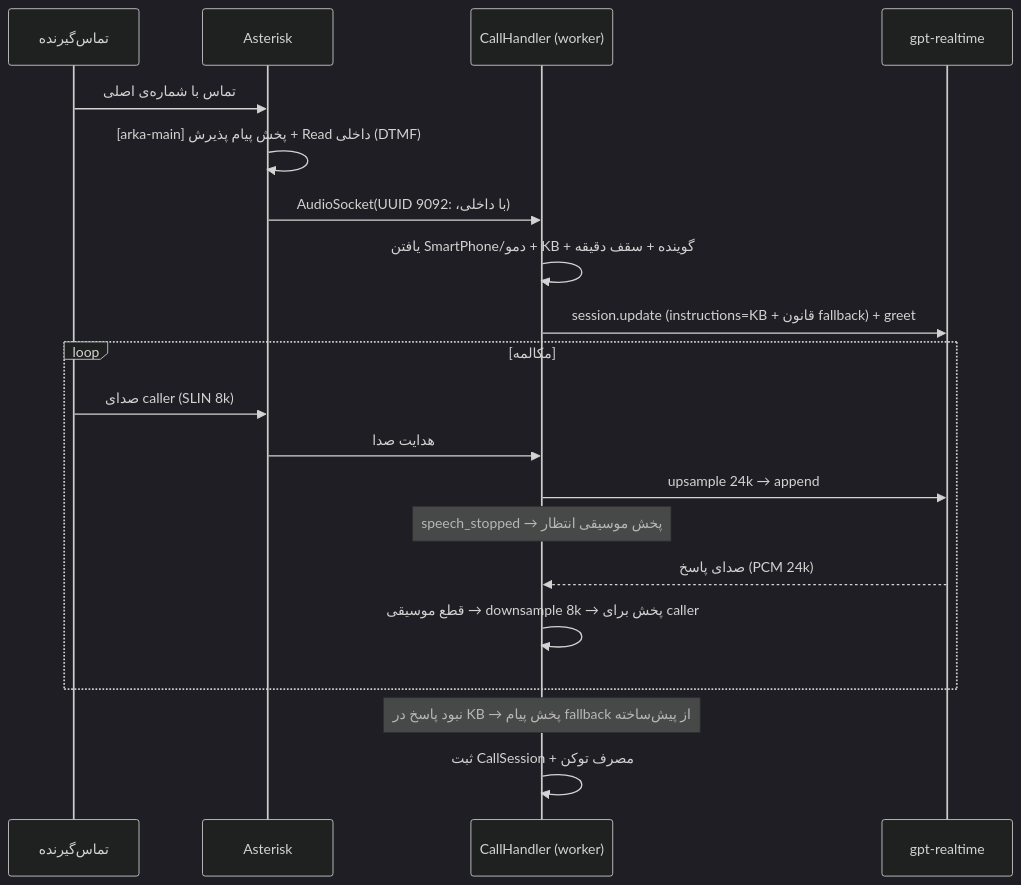
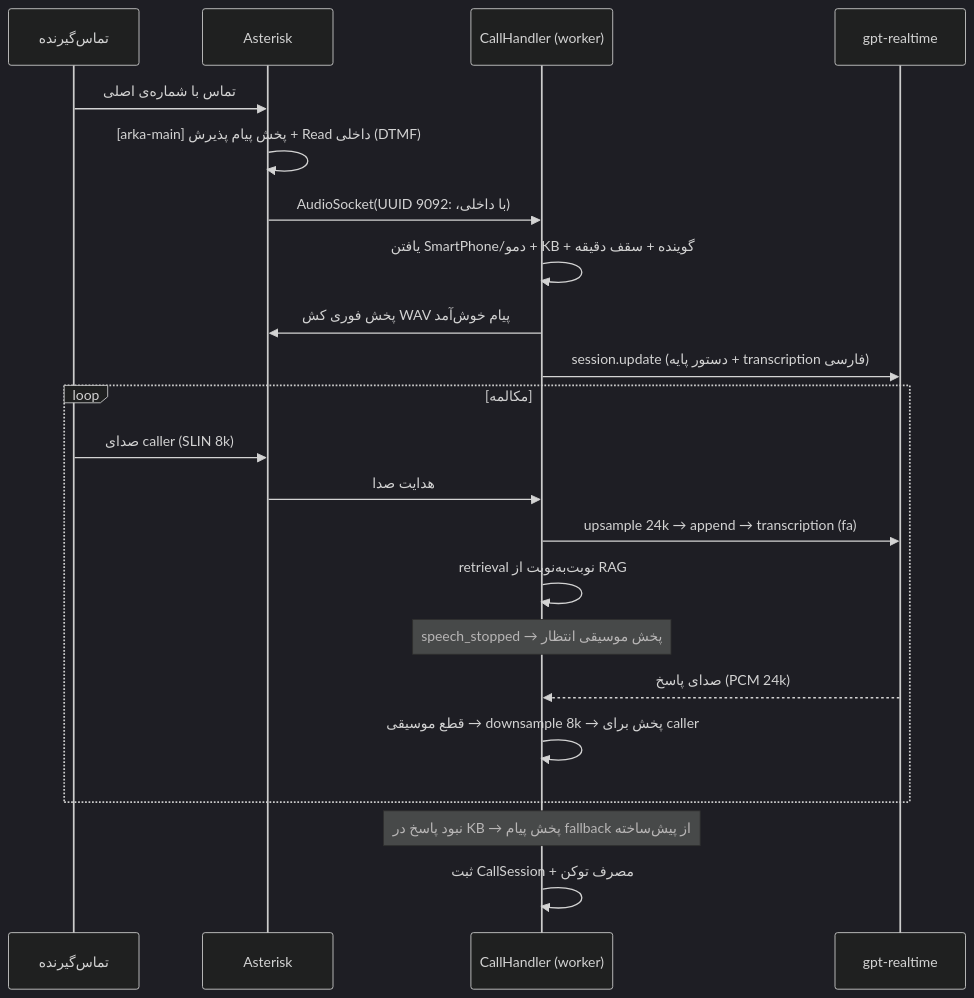
Before and after one commit to mohamadkheiry/ArkaCallCenterDemo: the seventh of 8 diagrams in docs/ARCHITECTURE.md, drawn with Mermaid (dark theme). The commit also changed other lines of this file and 19 other files, not shown here.

````diff
--- a/docs/ARCHITECTURE.md
+++ b/docs/ARCHITECTURE.md
@@ -279,22 +279,24 @@
 ```mermaid
 sequenceDiagram
     participant C as تماس‌گیرنده
     participant PBX as Asterisk
     participant W as CallHandler (worker)
     participant O as gpt-realtime
     C->>PBX: تماس با شماره‌ی اصلی
     PBX->>PBX: [arka-main] پخش پیام پذیرش + Read داخلی (DTMF)
     PBX->>W: AudioSocket(UUID با داخلی، :9092)
     W->>W: یافتن SmartPhone/دمو + KB + گوینده + سقف دقیقه
-    W->>O: session.update (instructions=KB + قانون fallback) + greet
+    W->>PBX: پخش فوری کش WAV پیام خوش‌آمد
+    W->>O: session.update (دستور پایه + transcription فارسی)
     loop مکالمه
       C->>PBX: صدای caller (SLIN 8k)
       PBX->>W: هدایت صدا
-      W->>O: upsample 24k → append
+      W->>O: upsample 24k → append → transcription (fa)
+      W->>W: retrieval نوبت‌به‌نوبت از RAG
       Note over W: speech_stopped → پخش موسیقی انتظار
       O-->>W: صدای پاسخ (PCM 24k)
       W->>W: قطع موسیقی → downsample 8k → پخش برای caller
     end
     Note over W: نبود پاسخ در KB → پخش پیام fallback از پیش‌ساخته
     W->>W: ثبت CallSession + مصرف توکن
 ```
````
